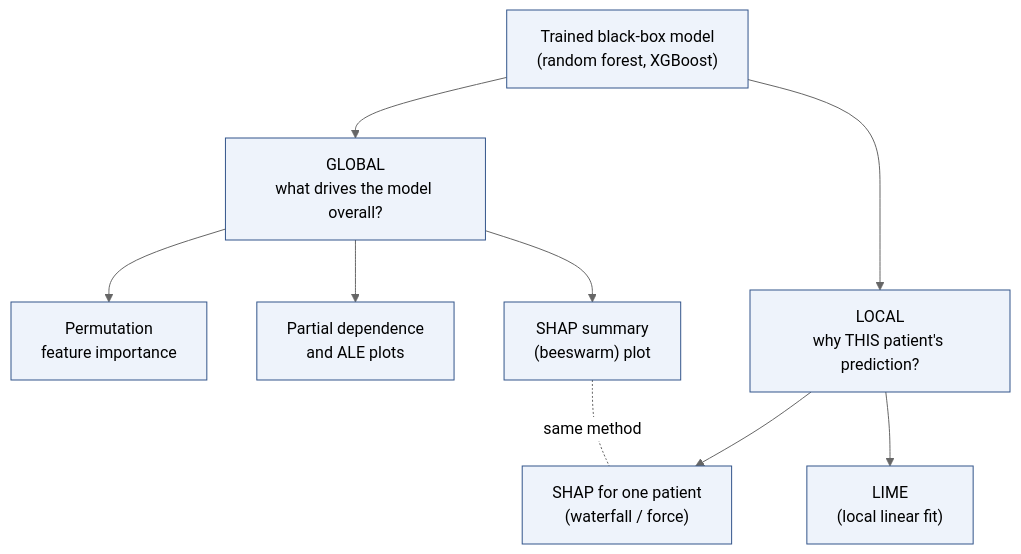
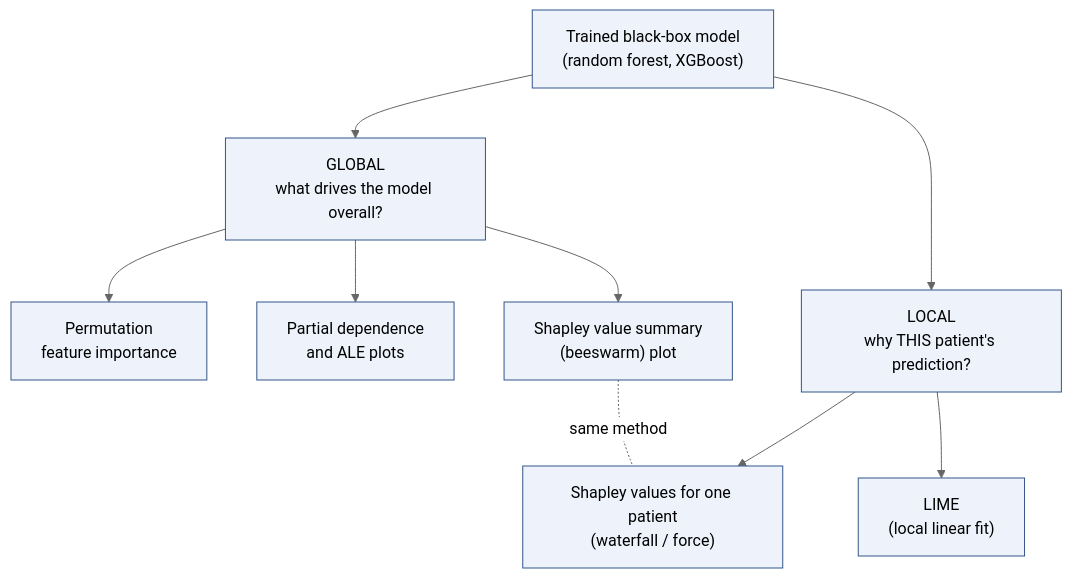
The diagram in chapters/09b_ml_explainability.qmd (Neclow/ML_and_Stats_Course), drawn with Mermaid (neutral theme) before and after one commit. The commit also changed other lines of this file and 21 other files, not shown here.

First line of the commit message:
Ch9b: rewrite Shapley section, enable Python SHAP plots, fix pixi dev workflow

````diff
--- a/chapters/09b_ml_explainability.qmd
+++ b/chapters/09b_ml_explainability.qmd
@@ -26,23 +28,23 @@
 ```{mermaid}
 %%| eval: true
 %%| echo: false
 %%| label: fig-explain-taxonomy
-%%| fig-cap: "A map of the explanation methods in this chapter. Global methods describe the model's overall behaviour; local methods explain one patient's prediction. SHAP is the bridge --- it explains single patients and can be aggregated to a global view."
+%%| fig-cap: "A map of the explanation methods in this chapter. Global methods describe the model's overall behaviour; local methods explain one patient's prediction. Shapley values are the bridge: they explain single patients and can be aggregated to a global view."
 flowchart TD
     M["Trained black-box model<br/>(random forest, XGBoost)"] --> G["GLOBAL<br/>what drives the model overall?"]
     M --> L["LOCAL<br/>why THIS patient's prediction?"]
     G --> PFI["Permutation<br/>feature importance"]
     G --> PDP["Partial dependence<br/>and ALE plots"]
-    G --> SHAPG["SHAP summary<br/>(beeswarm) plot"]
-    L --> SHAPL["SHAP for one patient<br/>(waterfall / force)"]
+    G --> SHAPG["Shapley value summary<br/>(beeswarm) plot"]
+    L --> SHAPL["Shapley values for one patient<br/>(waterfall / force)"]
     L --> LIME["LIME<br/>(local linear fit)"]
     SHAPG -.same method.- SHAPL
     style M fill:#eef3fb,stroke:#33558b
     style G fill:#eef3fb,stroke:#33558b
     style L fill:#eef3fb,stroke:#33558b
     style PFI fill:#eef3fb,stroke:#33558b
     style PDP fill:#eef3fb,stroke:#33558b
     style SHAPG fill:#eef3fb,stroke:#33558b
     style SHAPL fill:#eef3fb,stroke:#33558b
     style LIME fill:#eef3fb,stroke:#33558b
 ```
````
